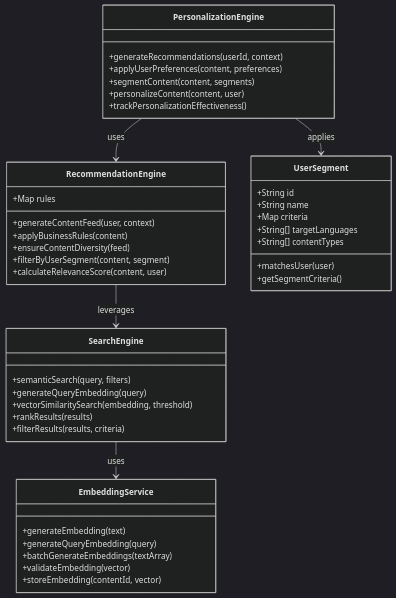
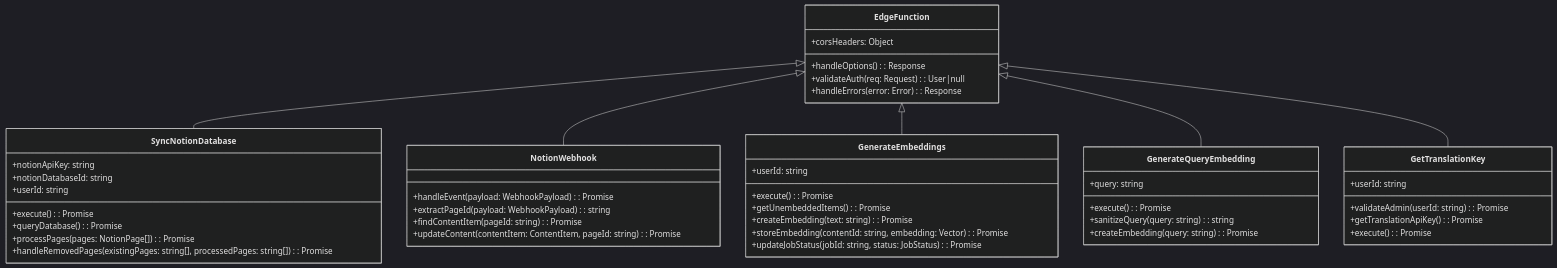
The fourth of 5 diagrams in docs/CLASS_DIAGRAMS.md (quinticechen/vista), drawn with Mermaid (dark theme) before and after one commit. The commit also changed other lines of this file, not shown here.

First line of the commit message:
Fix: Redraw sequence diagrams

````diff
--- a/docs/CLASS_DIAGRAMS.md
+++ b/docs/CLASS_DIAGRAMS.md
@@ -168,50 +302,55 @@
 ```mermaid
 classDiagram
-    class SearchEngine {
-        +semanticSearch(query, filters)
-        +generateQueryEmbedding(query)
-        +vectorSimilaritySearch(embedding, threshold)
-        +rankResults(results)
-        +filterResults(results, criteria)
+    class EdgeFunction {
+        +corsHeaders: Object
+        +handleOptions(): Response
+        +validateAuth(req: Request): User|null
+        +handleErrors(error: Error): Response
     }
 
-    class PersonalizationEngine {
-        +generateRecommendations(userId, context)
-        +applyUserPreferences(content, preferences)
-        +segmentContent(content, segments)
-        +personalizeContent(content, user)
-        +trackPersonalizationEffectiveness()
+    class SyncNotionDatabase {
+        +notionApiKey: string
+        +notionDatabaseId: string
+        +userId: string
+        +execute(): Promise<SyncResult>
+        +queryDatabase(): Promise<NotionPage[]>
+        +processPages(pages: NotionPage[]): Promise<ProcessedPage[]>
+        +handleRemovedPages(existingPages: string[], processedPages: string[]): Promise<RemovedPage[]>
     }
 
-    class EmbeddingService {
-        +generateEmbedding(text)
-        +generateQueryEmbedding(query)
-        +batchGenerateEmbeddings(textArray)
-        +validateEmbedding(vector)
-        +storeEmbedding(contentId, vector)
+    class NotionWebhook {
+        +handleEvent(payload: WebhookPayload): Promise<Response>
+        +extractPageId(payload: WebhookPayload): string
+        +findContentItem(pageId: string): Promise<ContentItem|null>
+        +updateContent(contentItem: ContentItem, pageId: string): Promise<boolean>
     }
 
-    class RecommendationEngine {
-        +Map<String, Rule> rules
-        +generateContentFeed(user, context)
-        +applyBusinessRules(content)
-        +ensureContentDiversity(feed)
-        +filterByUserSegment(content, segment)
-        +calculateRelevanceScore(content, user)
+    class GenerateEmbeddings {
+        +userId: string
+        +execute(): Promise<EmbeddingJobResult>
+        +getUnembeddedItems(): Promise<ContentItem[]>
+        +createEmbedding(text: string): Promise<Vector>
+        +storeEmbedding(contentId: string, embedding: Vector): Promise<boolean>
+        +updateJobStatus(jobId: string, status: JobStatus): Promise<boolean>
     }
 
-    class UserSegment {
-        +String id
-        +String name
-        +Map<String, Object> criteria
-        +String[] targetLanguages
-        +String[] contentTypes
-        +matchesUser(user)
-        +getSegmentCriteria()
+    class GenerateQueryEmbedding {
+        +query: string
+        +execute(): Promise<QueryEmbeddingResult>
+        +sanitizeQuery(query: string): string
+        +createEmbedding(query: string): Promise<Vector>
     }
 
-    SearchEngine --> EmbeddingService : uses
-    PersonalizationEngine --> RecommendationEngine : uses
-    PersonalizationEngine --> UserSegment : applies
-    RecommendationEngine --> SearchEngine : leverages
+    class GetTranslationKey {
+        +userId: string
+        +validateAdmin(userId: string): Promise<boolean>
+        +getTranslationApiKey(): Promise<string|null>
+        +execute(): Promise<TranslationKeyResult>
+    }
+
+    EdgeFunction <|-- SyncNotionDatabase
+    EdgeFunction <|-- NotionWebhook
+    EdgeFunction <|-- GenerateEmbeddings
+    EdgeFunction <|-- GenerateQueryEmbedding
+    EdgeFunction <|-- GetTranslationKey
 ```
````
